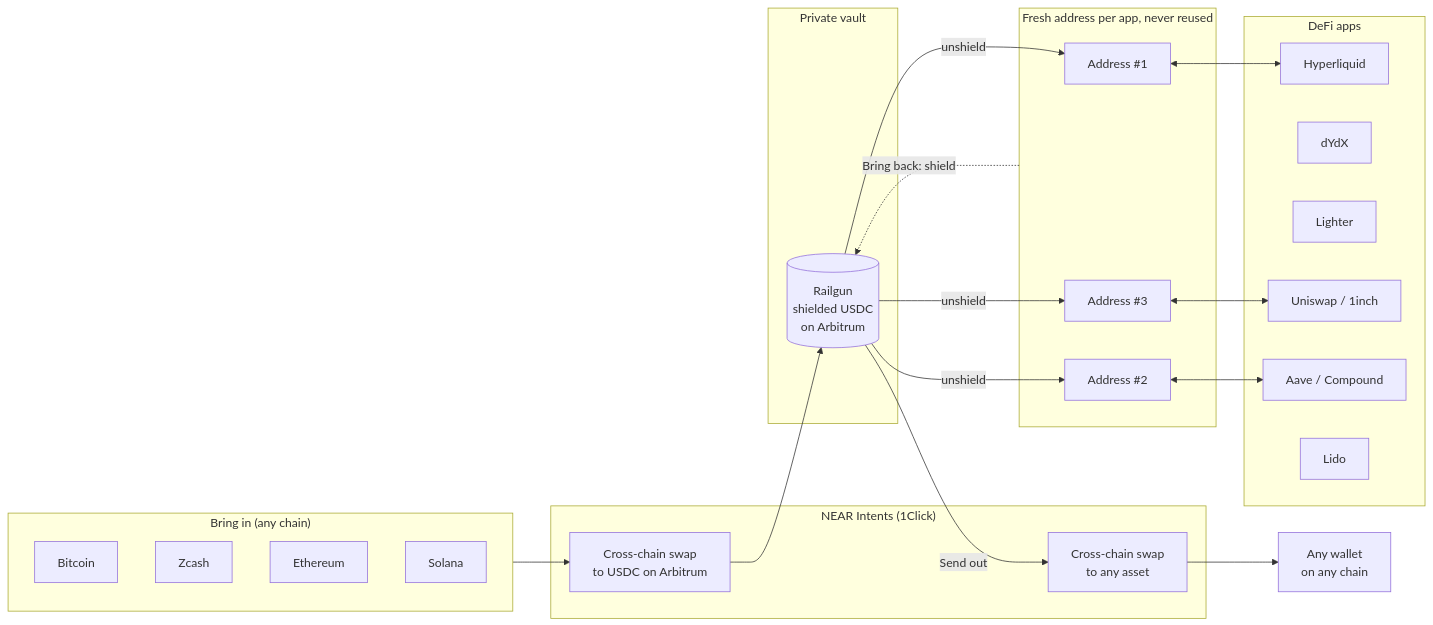
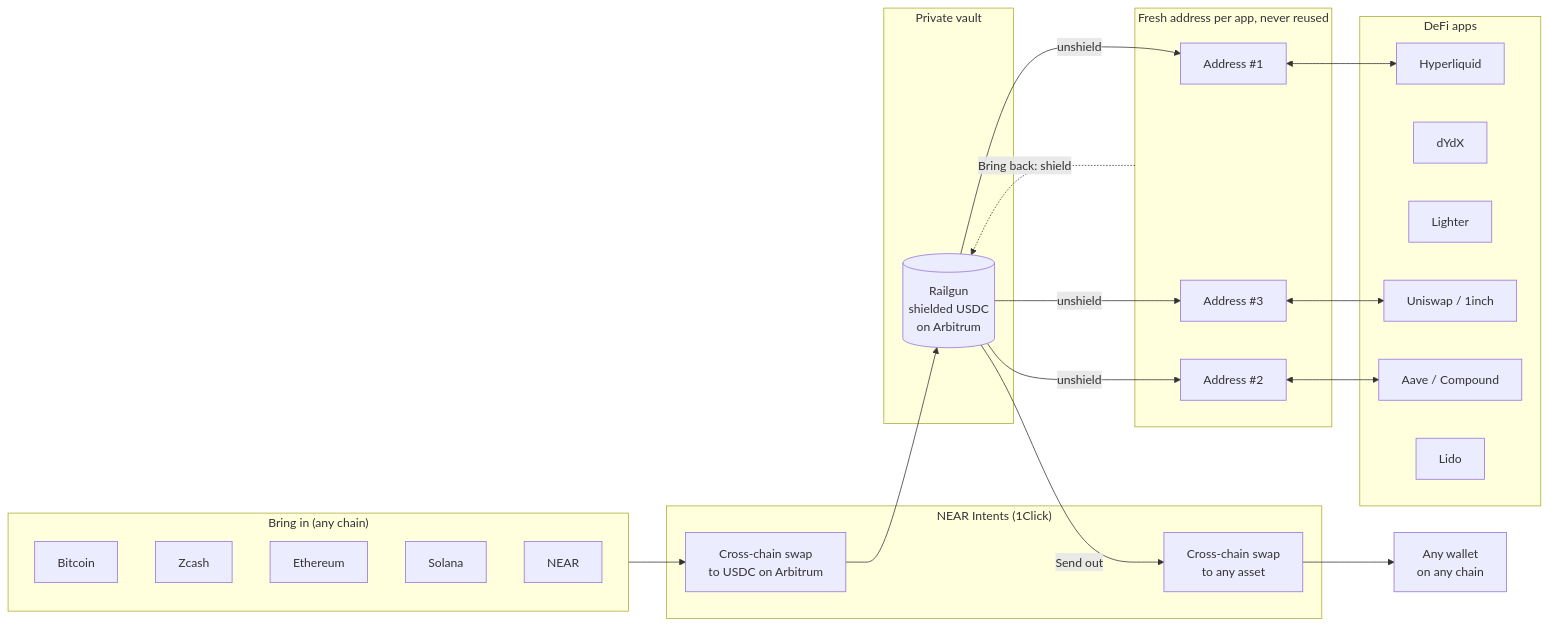
The first of 2 diagrams in README.md (hyliv-labs/truly-extension), drawn with Mermaid before and after one commit. The commit also changed other lines of this file and 1 other file, not shown here.

First line of the commit message:
feat(intents): feature wNEAR on NEAR for Bring in and Send out

````diff
--- a/README.md
+++ b/README.md
@@ -42,43 +42,44 @@
 ```mermaid
 flowchart LR
     subgraph IN["Bring in (any chain)"]
         BTC[Bitcoin]
         ZEC[Zcash]
         ETH[Ethereum]
         SOL[Solana]
+        NEARC[NEAR]
     end
 
     subgraph NEAR["NEAR Intents (1Click)"]
         SWAP[Cross-chain swap<br/>to USDC on Arbitrum]
         EXIT[Cross-chain swap<br/>to any asset]
     end
 
     subgraph VAULT["Private vault"]
         RG[(Railgun<br/>shielded USDC<br/>on Arbitrum)]
     end
 
     subgraph DOORS["Fresh address per app, never reused"]
         A1[Address #1]
         A2[Address #2]
         A3[Address #3]
     end
 
     subgraph APPS["DeFi apps"]
         HL[Hyperliquid]
         DY[dYdX]
         LI[Lighter]
         UNI[Uniswap / 1inch]
         AAVE[Aave / Compound]
         LIDO[Lido]
     end
 
     OUT[Any wallet<br/>on any chain]
 
     IN --> SWAP --> RG
     RG -- unshield --> A1 & A2 & A3
     A1 <--> HL
     A2 <--> AAVE
     A3 <--> UNI
     DOORS -. Bring back: shield .-> RG
     RG -- Send out --> EXIT --> OUT
 ```
````
